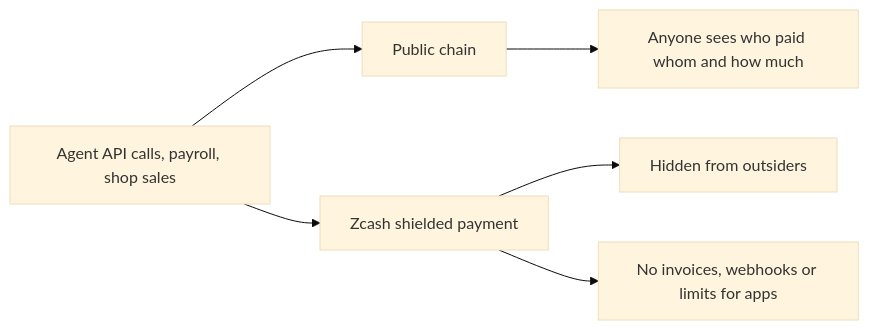
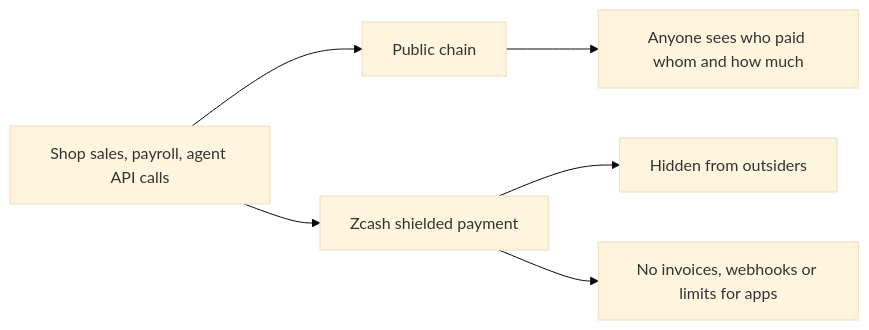
The first of 7 diagrams in README.md (billi-x4/Shade), drawn with Mermaid (base theme) before and after one commit. The commit also changed other lines of this file and 3 other files, not shown here.

````diff
--- a/README.md
+++ b/README.md
@@ -15,8 +23,8 @@
 ```mermaid
 flowchart LR
-  Pay["Agent API calls, payroll, shop sales"] --> Public["Public chain"]
+  Pay["Shop sales, payroll, agent API calls"] --> Public["Public chain"]
   Public --> Seen["Anyone sees who paid whom and how much"]
   Pay --> Shielded["Zcash shielded payment"]
   Shielded --> Hidden["Hidden from outsiders"]
   Shielded --> Gap["No invoices, webhooks or limits for apps"]
 ```
````
